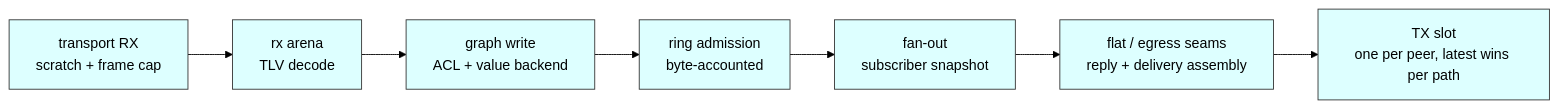
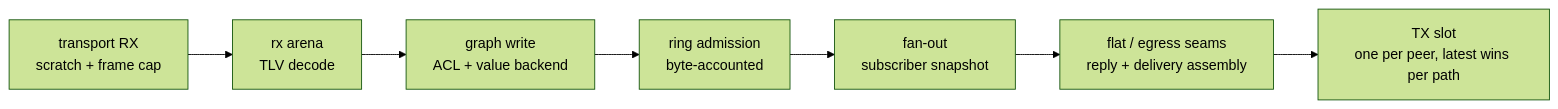
Before and after one commit to avatarsd-llc/libtracer: the diagram in docs/reference/22-backpressure-and-sizing.md, drawn with Mermaid (forest theme). The commit also changed 32 other files, not shown here.

First line of the commit message:
docs: every diagram on the shared vocabulary, with alt text (#2373)

````diff
--- a/docs/reference/22-backpressure-and-sizing.md
+++ b/docs/reference/22-backpressure-and-sizing.md
@@ -48,12 +48,12 @@
 ```mermaid
 flowchart LR
+    accTitle: The seven stages a received frame passes
+    accDescr: Transport RX with its scratch and frame cap, the rx arena for TLV decode, the graph write with ACL and value backend, byte-accounted ring admission, fan-out over the subscriber snapshot, the flat and egress seams for reply and delivery assembly, and the TX slot, one per peer, where the latest write per path wins.
   RX["transport RX<br/>scratch + frame cap"] --> ARENA["rx arena<br/>TLV decode"]
   ARENA --> GW["graph write<br/>ACL + value backend"]
   GW --> RING["ring admission<br/>byte-accounted"]
   RING --> FAN["fan-out<br/>subscriber snapshot"]
   FAN --> FLAT["flat / egress seams<br/>reply + delivery assembly"]
   FLAT --> TX["TX slot<br/>one per peer, latest wins per path"]
 
-  classDef stage fill:#dff,stroke:#333
-  class RX,ARENA,GW,RING,FAN,FLAT,TX stage
 ```
````
